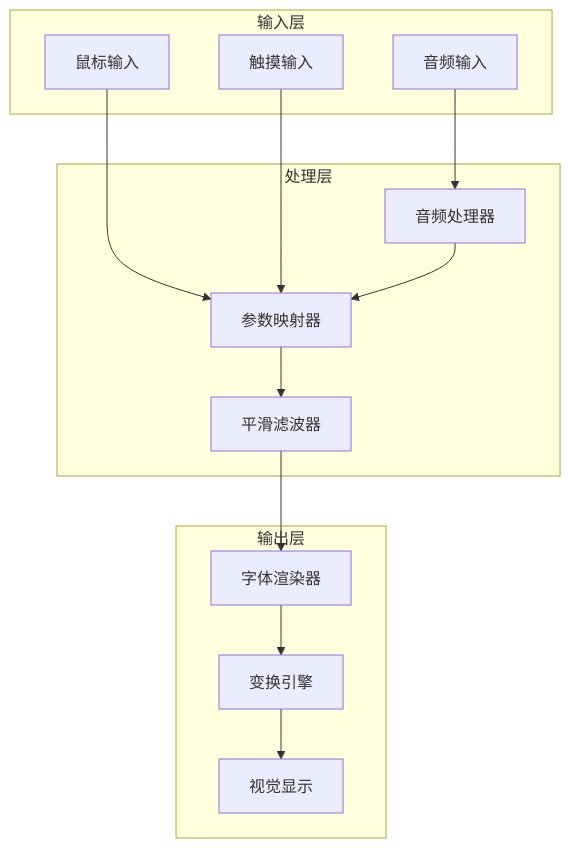
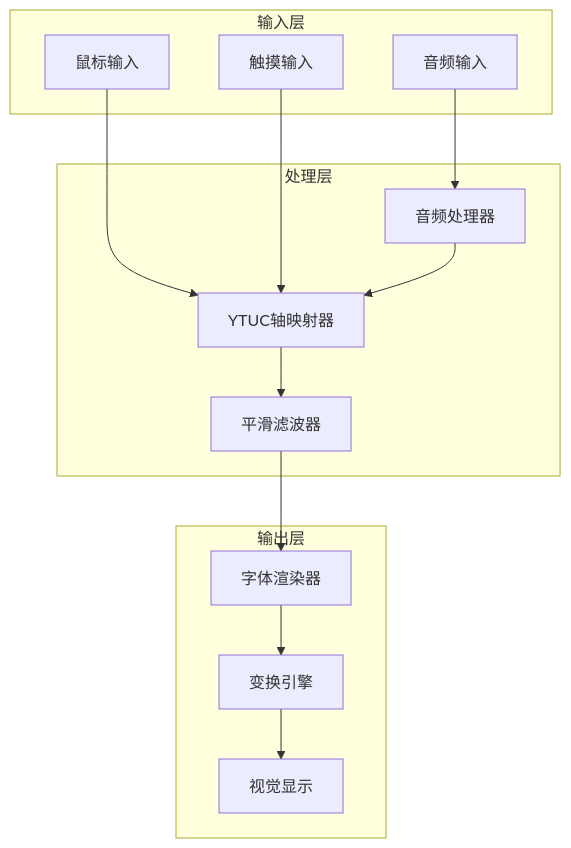
The third of 9 diagrams in .qoder/repowiki/zh/content/核心架构设计/字体渲染引擎/字体轴参数控制.md (db300/MySymphosizer), drawn with Mermaid before and after one commit. The commit also changed other lines of this file and 5 other files, not shown here.

````diff
--- a/.qoder/repowiki/zh/content/核心架构设计/字体渲染引擎/字体轴参数控制.md
+++ b/.qoder/repowiki/zh/content/核心架构设计/字体渲染引擎/字体轴参数控制.md
@@ -123,26 +124,26 @@
 ```mermaid
 graph TD
 subgraph "输入层"
 AudioInput[音频输入]
 MouseInput[鼠标输入]
 TouchInput[触摸输入]
 end
 subgraph "处理层"
 AudioProcessor[音频处理器]
-ParameterMapper[参数映射器]
+YTUCMapper[YTUC轴映射器]
 SmoothingFilter[平滑滤波器]
 end
 subgraph "输出层"
 FontRenderer[字体渲染器]
 TransformEngine[变换引擎]
 VisualDisplay[视觉显示]
 end
 AudioInput --> AudioProcessor
-MouseInput --> ParameterMapper
-TouchInput --> ParameterMapper
-AudioProcessor --> ParameterMapper
-ParameterMapper --> SmoothingFilter
+MouseInput --> YTUCMapper
+TouchInput --> YTUCMapper
+AudioProcessor --> YTUCMapper
+YTUCMapper --> SmoothingFilter
 SmoothingFilter --> FontRenderer
 FontRenderer --> TransformEngine
 TransformEngine --> VisualDisplay
 ```
````
